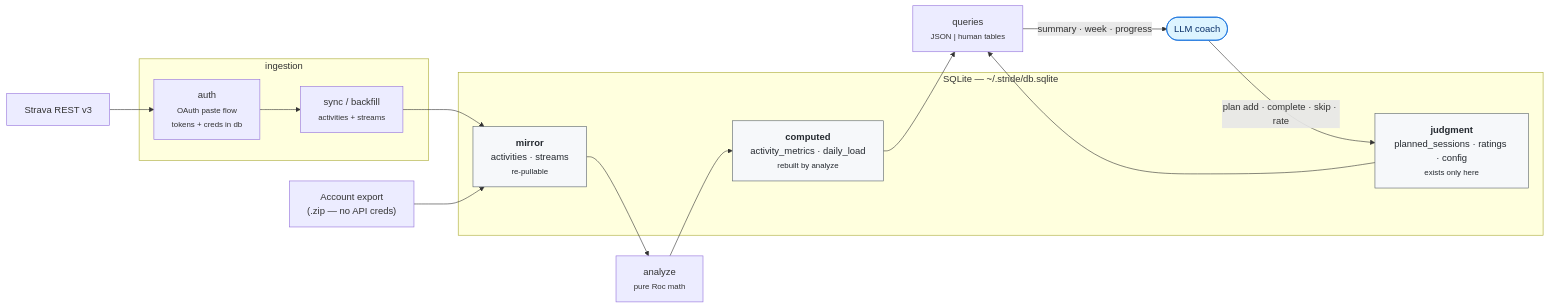
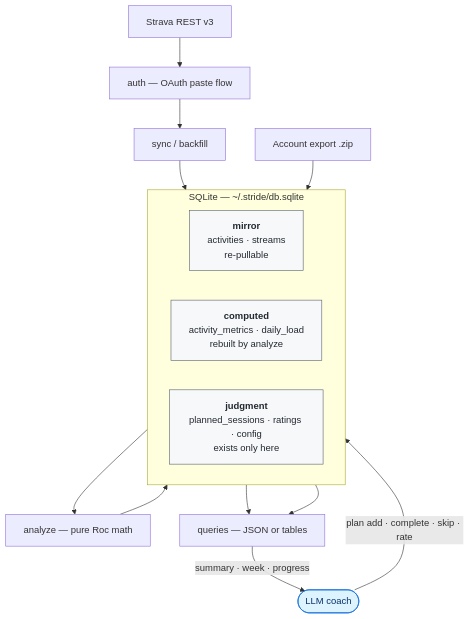
The diagram in README.md (eschizoid/stride), drawn with Mermaid before and after one commit. The commit also changed 1 other file, not shown here.

Commit message:
chore: delete the alpha4 toolchain, and fix the mermaid diagram clipping
The alpha4 compiler and its package cache are gone (316M), along with two old
new-compiler nightlies kept as migration rollback (383M). `just test` — build plus
the full e2e suite — passes with no fallback available, which is the only proof
that mattered. ~/.local/bin/roc already symlinked to the new compiler, and the
shell profile only ever put ~/.local/bin on PATH, so nothing needed rewiring.

The justfile comment still described ~/.local/bin/roc as the retired alpha4 path.
It is now the new compiler, so the note said the opposite of the truth.

Separately, the architecture diagram rendered with clipped labels — "OAuth paste
flc", "activities + strea", "pure Roc ma". Mermaid does not account for <small>
when sizing nodes, so anything inside it overflows. Dropped the tags, shortened the
labels, and switched to a top-down flow so the coach's write-back no longer crosses
the data path.

````diff
--- a/README.md
+++ b/README.md
@@ -266,33 +266,31 @@
 ```mermaid
-flowchart LR
+flowchart TD
     strava["Strava REST v3"]
-    export["Account export<br/>(.zip — no API creds)"]
+    export["Account export .zip"]
+    auth["auth — OAuth paste flow"]
+    sync["sync / backfill"]
 
-    subgraph ingest ["ingestion"]
-        auth["auth<br/><small>OAuth paste flow<br/>tokens + creds in db</small>"]
-        sync["sync / backfill<br/><small>activities + streams</small>"]
+    subgraph db["SQLite — ~/.stride/db.sqlite"]
+        direction LR
+        mirror["<b>mirror</b><br>activities · streams<br>re-pullable"]
+        computed["<b>computed</b><br>activity_metrics · daily_load<br>rebuilt by analyze"]
+        judgment["<b>judgment</b><br>planned_sessions · ratings · config<br>exists only here"]
     end
 
-    subgraph db ["SQLite — ~/.stride/db.sqlite"]
-        mirror["<b>mirror</b><br/>activities · streams<br/><small>re-pullable</small>"]
-        computed["<b>computed</b><br/>activity_metrics · daily_load<br/><small>rebuilt by analyze</small>"]
-        judgment["<b>judgment</b><br/>planned_sessions · ratings · config<br/><small>exists only here</small>"]
-    end
-
-    analyze["analyze<br/><small>pure Roc math</small>"]
-    queries["queries<br/><small>JSON | human tables</small>"]
+    analyze["analyze — pure Roc math"]
+    queries["queries — JSON or tables"]
     coach(["LLM coach"])
 
     strava --> auth --> sync --> mirror
     export --> mirror
     mirror --> analyze --> computed
     computed --> queries
     judgment --> queries
-    queries -- "summary · week · progress" --> coach
-    coach -- "plan add · complete · skip · rate" --> judgment
+    queries -->|"summary · week · progress"| coach
+    coach -->|"plan add · complete · skip · rate"| judgment
 
     classDef tier fill:#f6f8fa,stroke:#57606a,color:#24292f
     classDef actor fill:#ddf4ff,stroke:#0969da,color:#0a3069
     class mirror,computed,judgment tier
     class coach actor
 ```
````
